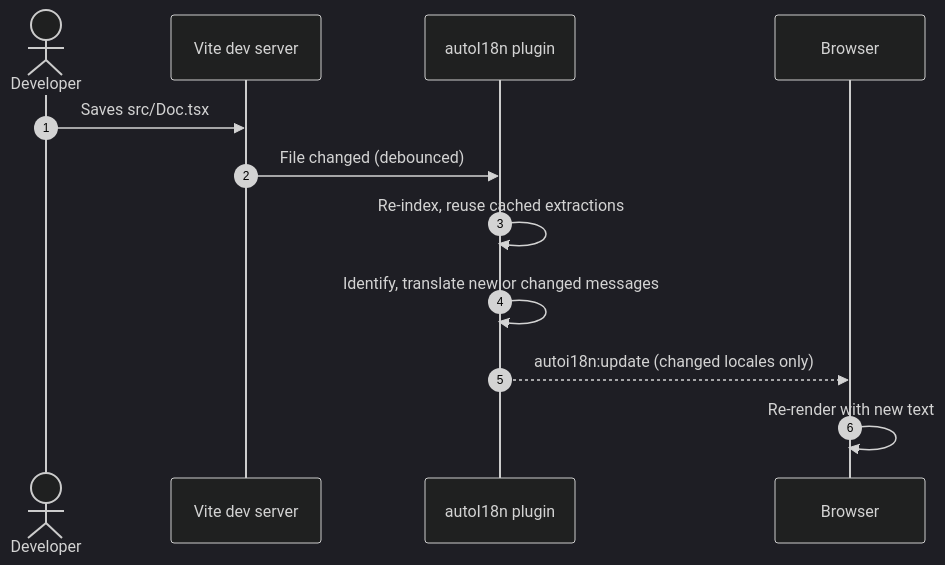
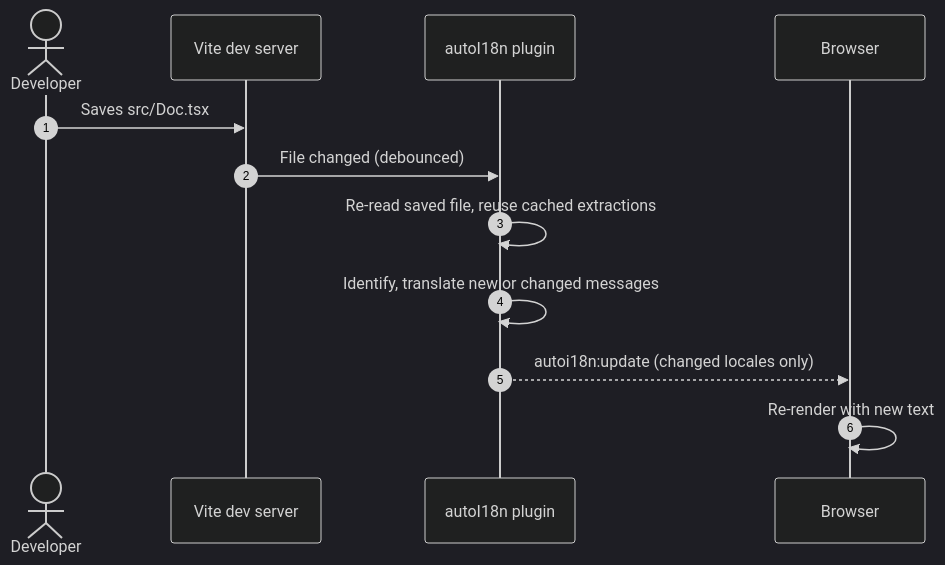
The fifth of 6 diagrams in README.md (rand0mC0d3r/vite-plugin-ai-i18n), drawn with Mermaid (dark theme) before and after one commit. The commit also changed other lines of this file, not shown here.

Commit message:
fix: correct plugin name and improve dev server file handling description

````diff
--- a/README.md
+++ b/README.md
@@ -263,15 +263,15 @@
 ```mermaid
 sequenceDiagram
     autonumber
     actor Dev as Developer
     participant Vite as Vite dev server
     participant Plugin as autoI18n plugin
     participant Browser as Browser
 
     Dev->>Vite: Saves src/Doc.tsx
     Vite->>Plugin: File changed (debounced)
-    Plugin->>Plugin: Re-index, reuse cached extractions
+    Plugin->>Plugin: Re-read saved file, reuse cached extractions
     Plugin->>Plugin: Identify, translate new or changed messages
     Plugin-->>Browser: autoi18n:update (changed locales only)
     Browser->>Browser: Re-render with new text
 ```
````
